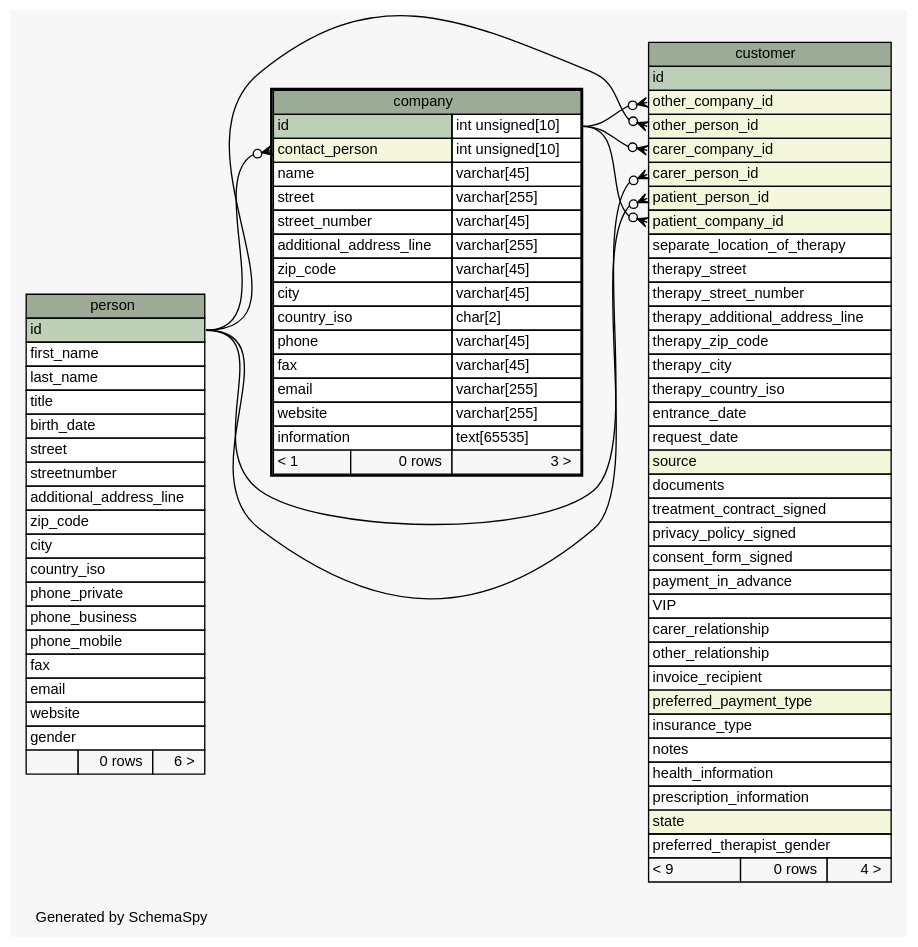
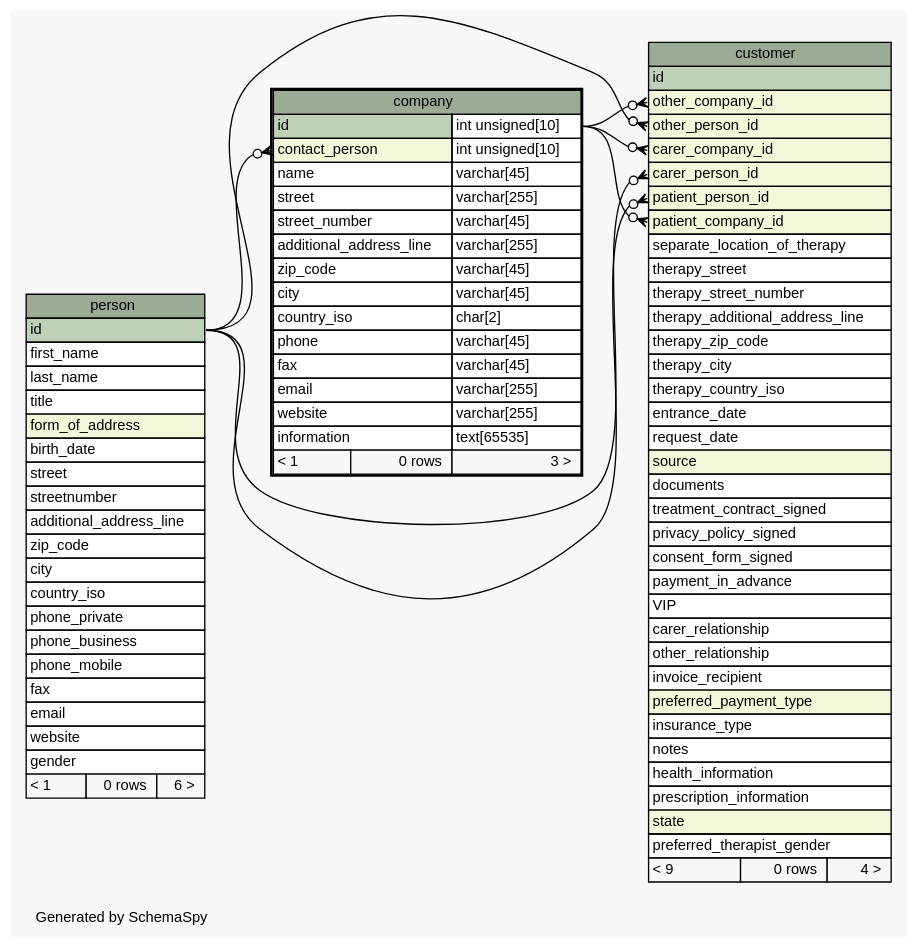
Before and after one commit to KaiBMP/KaiBMP.github.io: the diagram in diagrams/company.1degree.dot, drawn with Graphviz. The commit also changed 88 other files, not shown here.

Commit message:
schemaspy update

```diff
--- a/diagrams/company.1degree.dot
+++ b/diagrams/company.1degree.dot
@@ -1,121 +1,122 @@
 // dot 2.40.1 on Linux 5.3.0-26-generic
 // SchemaSpy rev 590
 digraph "oneDegreeRelationshipsDiagram" {
   graph [
     rankdir="RL"
     bgcolor="#f7f7f7"
     label="\nGenerated by SchemaSpy"
     labeljust="l"
     nodesep="0.18"
     ranksep="0.46"
     fontname="Helvetica"
     fontsize="11"
   ];
   node [
     fontname="Helvetica"
     fontsize="11"
     shape="plaintext"
   ];
   edge [
     arrowsize="0.8"
   ];
   "company":"contact_person":w -> "person":"id":e [arrowhead=none dir=back arrowtail=crowodot];
   "customer":"carer_company_id":w -> "company":"id.type":e [arrowhead=none dir=back arrowtail=crowodot];
   "customer":"carer_person_id":w -> "person":"id":e [arrowhead=none dir=back arrowtail=crowodot];
   "customer":"other_company_id":w -> "company":"id.type":e [arrowhead=none dir=back arrowtail=crowodot];
   "customer":"other_person_id":w -> "person":"id":e [arrowhead=none dir=back arrowtail=crowodot];
   "customer":"patient_company_id":w -> "company":"id.type":e [arrowhead=none dir=back arrowtail=crowodot];
   "customer":"patient_person_id":w -> "person":"id":e [arrowhead=none dir=back arrowtail=crowodot];
   "company" [
     label=<
     <TABLE BORDER="2" CELLBORDER="1" CELLSPACING="0" BGCOLOR="#ffffff">
       <TR><TD COLSPAN="3" BGCOLOR="#9bab96" ALIGN="CENTER">company</TD></TR>
       <TR><TD PORT="id" COLSPAN="2" BGCOLOR="#bed1b8" ALIGN="LEFT">id</TD><TD PORT="id.type" ALIGN="LEFT">int unsigned[10]</TD></TR>
       <TR><TD PORT="contact_person" COLSPAN="2" BGCOLOR="#f4f7da" ALIGN="LEFT">contact_person</TD><TD PORT="contact_person.type" ALIGN="LEFT">int unsigned[10]</TD></TR>
       <TR><TD PORT="name" COLSPAN="2" ALIGN="LEFT">name</TD><TD PORT="name.type" ALIGN="LEFT">varchar[45]</TD></TR>
       <TR><TD PORT="street" COLSPAN="2" ALIGN="LEFT">street</TD><TD PORT="street.type" ALIGN="LEFT">varchar[255]</TD></TR>
       <TR><TD PORT="street_number" COLSPAN="2" ALIGN="LEFT">street_number</TD><TD PORT="street_number.type" ALIGN="LEFT">varchar[45]</TD></TR>
       <TR><TD PORT="additional_address_line" COLSPAN="2" ALIGN="LEFT">additional_address_line</TD><TD PORT="additional_address_line.type" ALIGN="LEFT">varchar[255]</TD></TR>
       <TR><TD PORT="zip_code" COLSPAN="2" ALIGN="LEFT">zip_code</TD><TD PORT="zip_code.type" ALIGN="LEFT">varchar[45]</TD></TR>
       <TR><TD PORT="city" COLSPAN="2" ALIGN="LEFT">city</TD><TD PORT="city.type" ALIGN="LEFT">varchar[45]</TD></TR>
       <TR><TD PORT="country_iso" COLSPAN="2" ALIGN="LEFT">country_iso</TD><TD PORT="country_iso.type" ALIGN="LEFT">char[2]</TD></TR>
       <TR><TD PORT="phone" COLSPAN="2" ALIGN="LEFT">phone</TD><TD PORT="phone.type" ALIGN="LEFT">varchar[45]</TD></TR>
       <TR><TD PORT="fax" COLSPAN="2" ALIGN="LEFT">fax</TD><TD PORT="fax.type" ALIGN="LEFT">varchar[45]</TD></TR>
       <TR><TD PORT="email" COLSPAN="2" ALIGN="LEFT">email</TD><TD PORT="email.type" ALIGN="LEFT">varchar[255]</TD></TR>
       <TR><TD PORT="website" COLSPAN="2" ALIGN="LEFT">website</TD><TD PORT="website.type" ALIGN="LEFT">varchar[255]</TD></TR>
       <TR><TD PORT="information" COLSPAN="2" ALIGN="LEFT">information</TD><TD PORT="information.type" ALIGN="LEFT">text[65535]</TD></TR>
       <TR><TD ALIGN="LEFT" BGCOLOR="#f7f7f7">&lt; 1</TD><TD ALIGN="RIGHT" BGCOLOR="#f7f7f7">0 rows</TD><TD ALIGN="RIGHT" BGCOLOR="#f7f7f7">3 &gt;</TD></TR>
     </TABLE>>
     URL="company.html"
     tooltip="company"
   ];
   "customer" [
     label=<
     <TABLE BORDER="0" CELLBORDER="1" CELLSPACING="0" BGCOLOR="#ffffff">
       <TR><TD COLSPAN="3" BGCOLOR="#9bab96" ALIGN="CENTER">customer</TD></TR>
       <TR><TD PORT="id" COLSPAN="3" BGCOLOR="#bed1b8" ALIGN="LEFT">id</TD></TR>
       <TR><TD PORT="other_company_id" COLSPAN="3" BGCOLOR="#f4f7da" ALIGN="LEFT">other_company_id</TD></TR>
       <TR><TD PORT="other_person_id" COLSPAN="3" BGCOLOR="#f4f7da" ALIGN="LEFT">other_person_id</TD></TR>
       <TR><TD PORT="carer_company_id" COLSPAN="3" BGCOLOR="#f4f7da" ALIGN="LEFT">carer_company_id</TD></TR>
       <TR><TD PORT="carer_person_id" COLSPAN="3" BGCOLOR="#f4f7da" ALIGN="LEFT">carer_person_id</TD></TR>
       <TR><TD PORT="patient_person_id" COLSPAN="3" BGCOLOR="#f4f7da" ALIGN="LEFT">patient_person_id</TD></TR>
       <TR><TD PORT="patient_company_id" COLSPAN="3" BGCOLOR="#f4f7da" ALIGN="LEFT">patient_company_id</TD></TR>
       <TR><TD PORT="separate_location_of_therapy" COLSPAN="3" ALIGN="LEFT">separate_location_of_therapy</TD></TR>
       <TR><TD PORT="therapy_street" COLSPAN="3" ALIGN="LEFT">therapy_street</TD></TR>
       <TR><TD PORT="therapy_street_number" COLSPAN="3" ALIGN="LEFT">therapy_street_number</TD></TR>
       <TR><TD PORT="therapy_additional_address_line" COLSPAN="3" ALIGN="LEFT">therapy_additional_address_line</TD></TR>
       <TR><TD PORT="therapy_zip_code" COLSPAN="3" ALIGN="LEFT">therapy_zip_code</TD></TR>
       <TR><TD PORT="therapy_city" COLSPAN="3" ALIGN="LEFT">therapy_city</TD></TR>
       <TR><TD PORT="therapy_country_iso" COLSPAN="3" ALIGN="LEFT">therapy_country_iso</TD></TR>
       <TR><TD PORT="entrance_date" COLSPAN="3" ALIGN="LEFT">entrance_date</TD></TR>
       <TR><TD PORT="request_date" COLSPAN="3" ALIGN="LEFT">request_date</TD></TR>
       <TR><TD PORT="source" COLSPAN="3" BGCOLOR="#f4f7da" ALIGN="LEFT">source</TD></TR>
       <TR><TD PORT="documents" COLSPAN="3" ALIGN="LEFT">documents</TD></TR>
       <TR><TD PORT="treatment_contract_signed" COLSPAN="3" ALIGN="LEFT">treatment_contract_signed</TD></TR>
       <TR><TD PORT="privacy_policy_signed" COLSPAN="3" ALIGN="LEFT">privacy_policy_signed</TD></TR>
       <TR><TD PORT="consent_form_signed" COLSPAN="3" ALIGN="LEFT">consent_form_signed</TD></TR>
       <TR><TD PORT="payment_in_advance" COLSPAN="3" ALIGN="LEFT">payment_in_advance</TD></TR>
       <TR><TD PORT="VIP" COLSPAN="3" ALIGN="LEFT">VIP</TD></TR>
       <TR><TD PORT="carer_relationship" COLSPAN="3" ALIGN="LEFT">carer_relationship</TD></TR>
       <TR><TD PORT="other_relationship" COLSPAN="3" ALIGN="LEFT">other_relationship</TD></TR>
       <TR><TD PORT="invoice_recipient" COLSPAN="3" ALIGN="LEFT">invoice_recipient</TD></TR>
       <TR><TD PORT="preferred_payment_type" COLSPAN="3" BGCOLOR="#f4f7da" ALIGN="LEFT">preferred_payment_type</TD></TR>
       <TR><TD PORT="insurance_type" COLSPAN="3" ALIGN="LEFT">insurance_type</TD></TR>
       <TR><TD PORT="notes" COLSPAN="3" ALIGN="LEFT">notes</TD></TR>
       <TR><TD PORT="health_information" COLSPAN="3" ALIGN="LEFT">health_information</TD></TR>
       <TR><TD PORT="prescription_information" COLSPAN="3" ALIGN="LEFT">prescription_information</TD></TR>
       <TR><TD PORT="state" COLSPAN="3" BGCOLOR="#f4f7da" ALIGN="LEFT">state</TD></TR>
       <TR><TD PORT="preferred_therapist_gender" COLSPAN="3" ALIGN="LEFT">preferred_therapist_gender</TD></TR>
       <TR><TD ALIGN="LEFT" BGCOLOR="#f7f7f7">&lt; 9</TD><TD ALIGN="RIGHT" BGCOLOR="#f7f7f7">0 rows</TD><TD ALIGN="RIGHT" BGCOLOR="#f7f7f7">4 &gt;</TD></TR>
     </TABLE>>
     URL="customer.html"
     tooltip="customer"
   ];
   "person" [
     label=<
     <TABLE BORDER="0" CELLBORDER="1" CELLSPACING="0" BGCOLOR="#ffffff">
       <TR><TD COLSPAN="3" BGCOLOR="#9bab96" ALIGN="CENTER">person</TD></TR>
       <TR><TD PORT="id" COLSPAN="3" BGCOLOR="#bed1b8" ALIGN="LEFT">id</TD></TR>
       <TR><TD PORT="first_name" COLSPAN="3" ALIGN="LEFT">first_name</TD></TR>
       <TR><TD PORT="last_name" COLSPAN="3" ALIGN="LEFT">last_name</TD></TR>
       <TR><TD PORT="title" COLSPAN="3" ALIGN="LEFT">title</TD></TR>
+      <TR><TD PORT="form_of_address" COLSPAN="3" BGCOLOR="#f4f7da" ALIGN="LEFT">form_of_address</TD></TR>
       <TR><TD PORT="birth_date" COLSPAN="3" ALIGN="LEFT">birth_date</TD></TR>
       <TR><TD PORT="street" COLSPAN="3" ALIGN="LEFT">street</TD></TR>
       <TR><TD PORT="streetnumber" COLSPAN="3" ALIGN="LEFT">streetnumber</TD></TR>
       <TR><TD PORT="additional_address_line" COLSPAN="3" ALIGN="LEFT">additional_address_line</TD></TR>
       <TR><TD PORT="zip_code" COLSPAN="3" ALIGN="LEFT">zip_code</TD></TR>
       <TR><TD PORT="city" COLSPAN="3" ALIGN="LEFT">city</TD></TR>
       <TR><TD PORT="country_iso" COLSPAN="3" ALIGN="LEFT">country_iso</TD></TR>
       <TR><TD PORT="phone_private" COLSPAN="3" ALIGN="LEFT">phone_private</TD></TR>
       <TR><TD PORT="phone_business" COLSPAN="3" ALIGN="LEFT">phone_business</TD></TR>
       <TR><TD PORT="phone_mobile" COLSPAN="3" ALIGN="LEFT">phone_mobile</TD></TR>
       <TR><TD PORT="fax" COLSPAN="3" ALIGN="LEFT">fax</TD></TR>
       <TR><TD PORT="email" COLSPAN="3" ALIGN="LEFT">email</TD></TR>
       <TR><TD PORT="website" COLSPAN="3" ALIGN="LEFT">website</TD></TR>
       <TR><TD PORT="gender" COLSPAN="3" ALIGN="LEFT">gender</TD></TR>
-      <TR><TD ALIGN="LEFT" BGCOLOR="#f7f7f7">  </TD><TD ALIGN="RIGHT" BGCOLOR="#f7f7f7">0 rows</TD><TD ALIGN="RIGHT" BGCOLOR="#f7f7f7">6 &gt;</TD></TR>
+      <TR><TD ALIGN="LEFT" BGCOLOR="#f7f7f7">&lt; 1</TD><TD ALIGN="RIGHT" BGCOLOR="#f7f7f7">0 rows</TD><TD ALIGN="RIGHT" BGCOLOR="#f7f7f7">6 &gt;</TD></TR>
     </TABLE>>
     URL="person.html"
     tooltip="person"
   ];
 }
```
